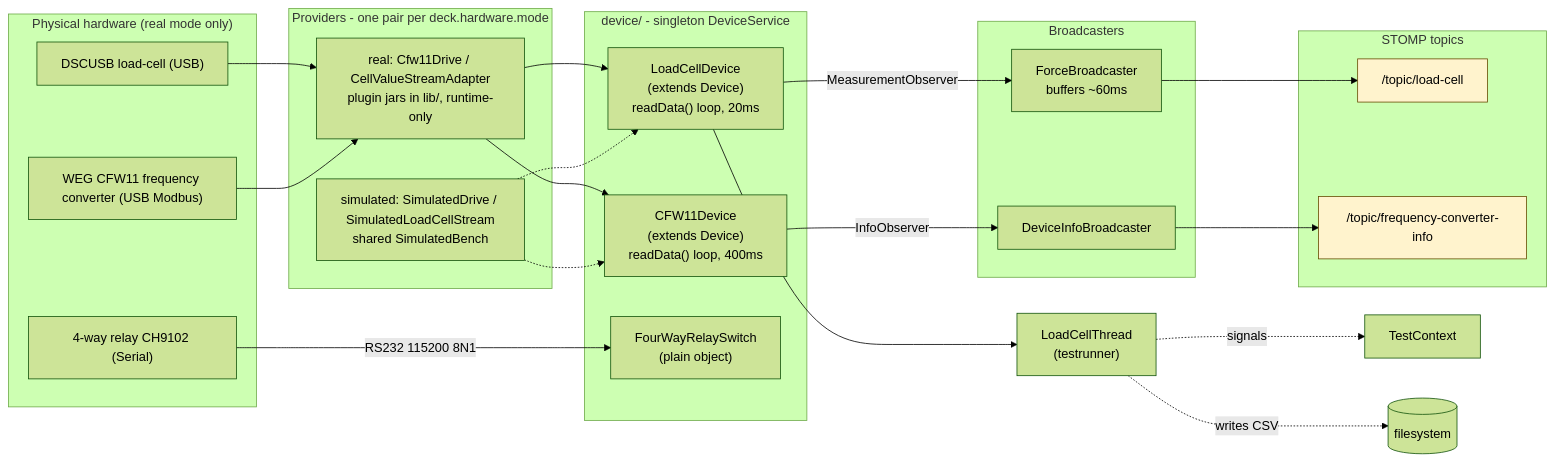
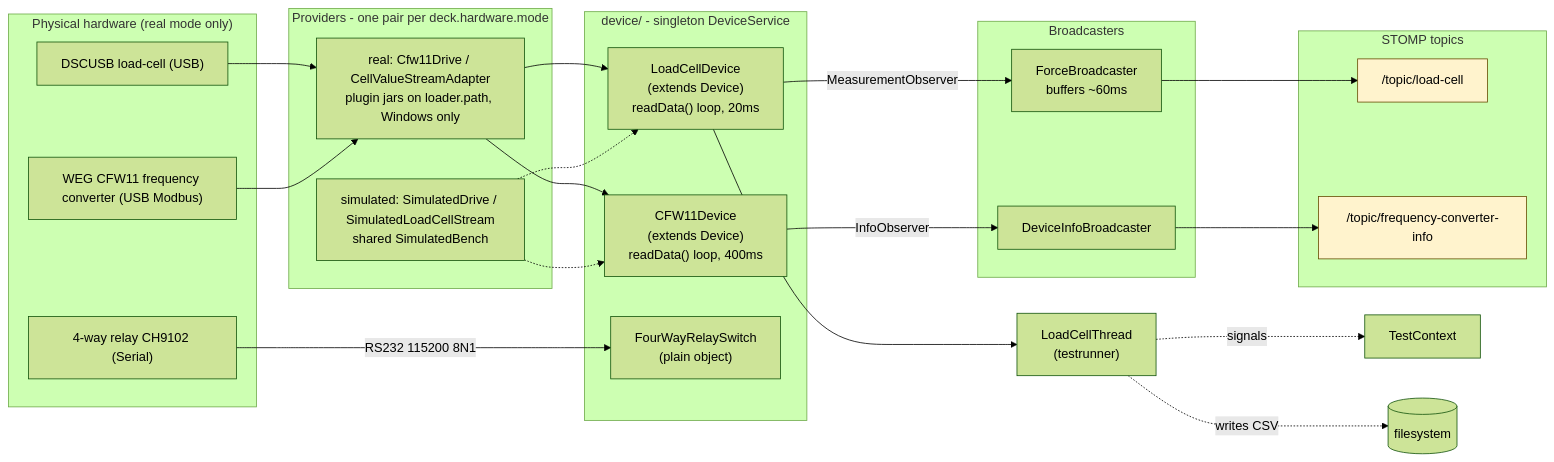
The diagram in doc/03-backend/hardware-integration.md (rupfizupfi/breaktest-command-deck), drawn with Mermaid (forest theme) before and after one commit. The commit also changed 9 other files, not shown here.

````diff
--- a/doc/03-backend/hardware-integration.md
+++ b/doc/03-backend/hardware-integration.md
@@ -29,46 +29,46 @@
 ```mermaid
 flowchart LR
     subgraph Hardware["Physical hardware (real mode only)"]
         DSC["DSCUSB load-cell (USB)"]
         CFW["WEG CFW11 frequency converter (USB Modbus)"]
         REL["4-way relay CH9102 (Serial)"]
     end
 
     subgraph Providers["Providers - one pair per deck.hardware.mode"]
-        VEND["real: Cfw11Drive / CellValueStreamAdapter<br/>plugin jars in lib/, runtime-only"]
+        VEND["real: Cfw11Drive / CellValueStreamAdapter<br/>plugin jars on loader.path, Windows only"]
         SIM["simulated: SimulatedDrive / SimulatedLoadCellStream<br/>shared SimulatedBench"]
     end
 
     subgraph DeviceLayer["device/ - singleton DeviceService"]
         LCD["LoadCellDevice<br/>(extends Device)<br/>readData() loop, 20ms"]
         CFD["CFW11Device<br/>(extends Device)<br/>readData() loop, 400ms"]
         FRS["FourWayRelaySwitch<br/>(plain object)"]
     end
 
     subgraph Broadcasters
         FB["ForceBroadcaster<br/>buffers ~60ms"]
         DIB["DeviceInfoBroadcaster"]
     end
 
     subgraph Topics["STOMP topics"]
         T1["/topic/load-cell"]
         T2["/topic/frequency-converter-info"]
     end
 
     DSC --> VEND
     CFW --> VEND
     REL -->|"RS232 115200 8N1"| FRS
     VEND --> LCD
     VEND --> CFD
     SIM -.-> LCD
     SIM -.-> CFD
 
     LCD -->|MeasurementObserver| FB --> T1
     CFD -->|InfoObserver| DIB --> T2
     LCD --> LCT["LoadCellThread<br/>(testrunner)"]
     LCT -.->|signals| TC[TestContext]
     LCT -.->|writes CSV| FS[(filesystem)]
 
     classDef topic fill:#fff3cd,stroke:#664d03
     class T1,T2 topic
 ```
````
